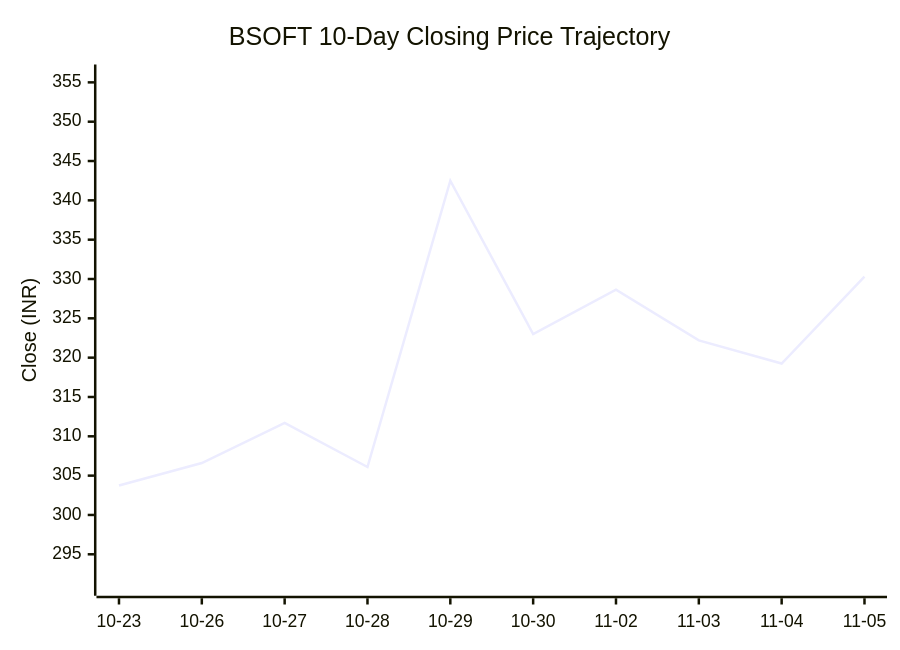
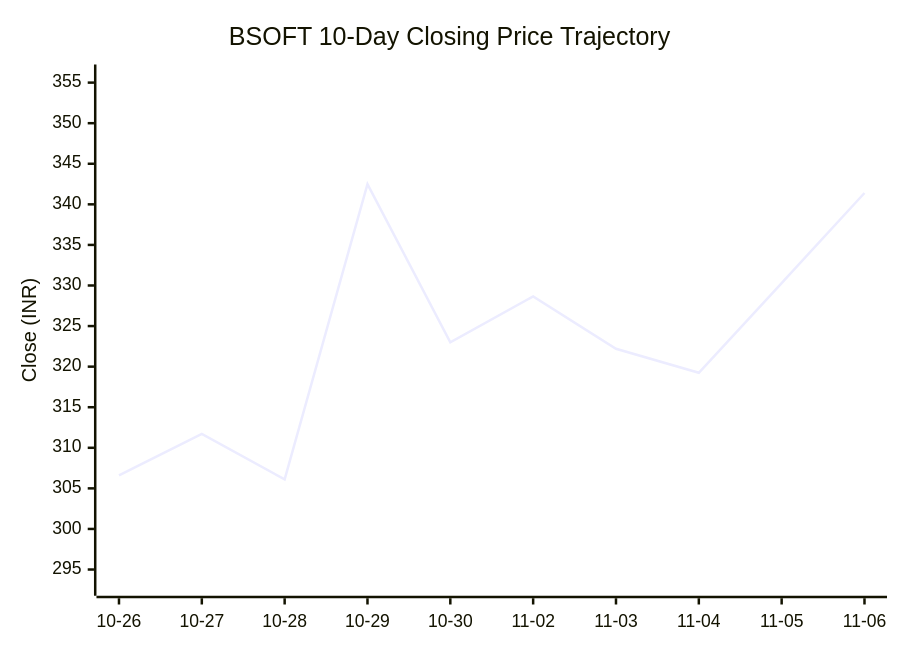
The second of 3 diagrams in market-intelligence/stocks/BSOFT/latest.md (purnareddy9/dev), drawn with Mermaid before and after one commit. The commit also changed other lines of this file and 4 other files, not shown here.

````diff
--- a/market-intelligence/stocks/BSOFT/latest.md
+++ b/market-intelligence/stocks/BSOFT/latest.md
@@ -65,7 +65,7 @@
 ```mermaid
 xychart-beta
     title "BSOFT 10-Day Closing Price Trajectory"
-    x-axis ["10-23", "10-26", "10-27", "10-28", "10-29", "10-30", "11-02", "11-03", "11-04", "11-05"]
-    y-axis "Close (INR)" 291 --> 356
-    line [303.75, 306.6, 311.7, 306.1, 342.5, 323.0, 328.65, 322.2, 319.25, 330.3]
+    x-axis ["10-26", "10-27", "10-28", "10-29", "10-30", "11-02", "11-03", "11-04", "11-05", "11-06"]
+    y-axis "Close (INR)" 293 --> 356
+    line [306.6, 311.7, 306.1, 342.5, 323.0, 328.65, 322.2, 319.25, 330.3, 341.4]
 ```
````
